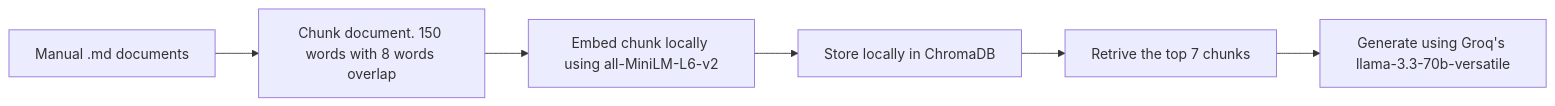
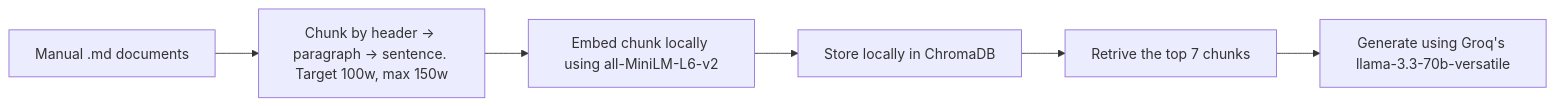
Before and after one commit to Rubey4112/ai201-project1-unofficial-guide-starter: the diagram in planning.md, drawn with Mermaid. The commit also changed other lines of this file and 3 other files, not shown here.

Commit message:
feat: document are chunk based on markdown header

````diff
--- a/planning.md
+++ b/planning.md
@@ -124,8 +128,8 @@
 ```mermaid
 flowchart LR
-    A[Manual .md documents] --> B[Chunk document. 150 words with 8 words overlap]
+    A[Manual .md documents] --> B[Chunk by header → paragraph → sentence. Target 100w, max 150w]
     B --> C[Embed chunk locally using all-MiniLM-L6-v2]
     C --> D[Store locally in ChromaDB]
     D --> E[Retrive the top 7 chunks]
     E --> F[Generate using Groq's llama-3.3-70b-versatile]
 ```
````
